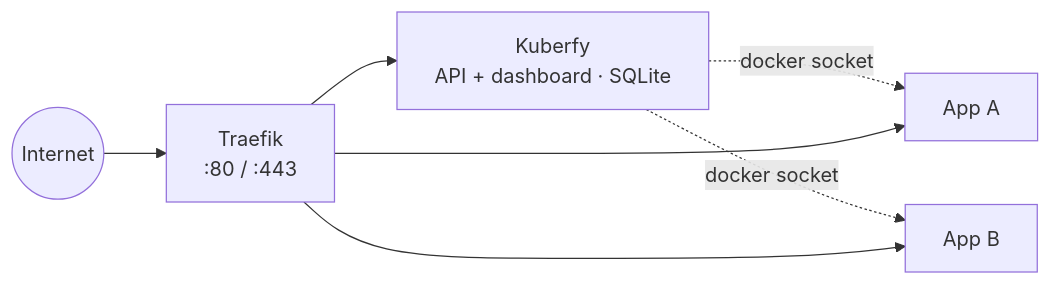
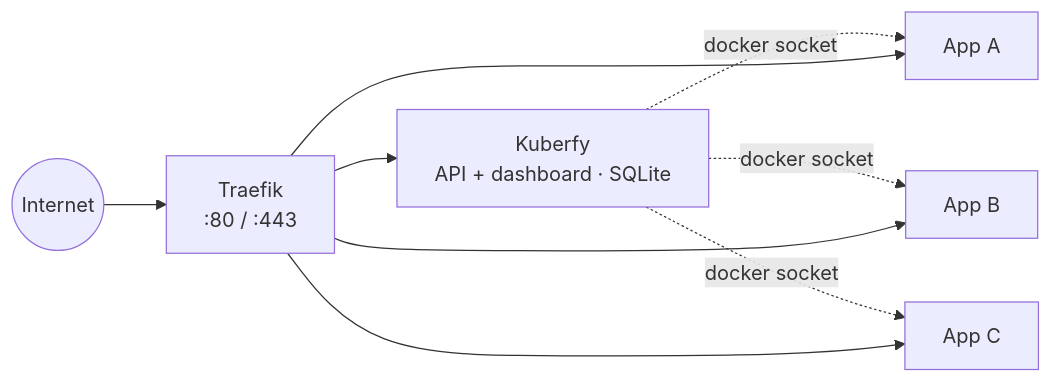
One commit to JoelVeloz/kuberfy changed the diagram in README.md. Above: the diagram before and after it, drawn with Mermaid.

Commit message:
docs: restore third app node in architecture diagram

````diff
--- a/README.md
+++ b/README.md
@@ -53,9 +53,11 @@
 ```mermaid
 flowchart LR
     U(("Internet")) --> T["Traefik\n:80 / :443"]
     T --> K["Kuberfy\nAPI + dashboard · SQLite"]
     K -. docker socket .-> A["App A"]
     K -. docker socket .-> B["App B"]
+    K -. docker socket .-> C["App C"]
     T --> A
     T --> B
+    T --> C
 ```
````
